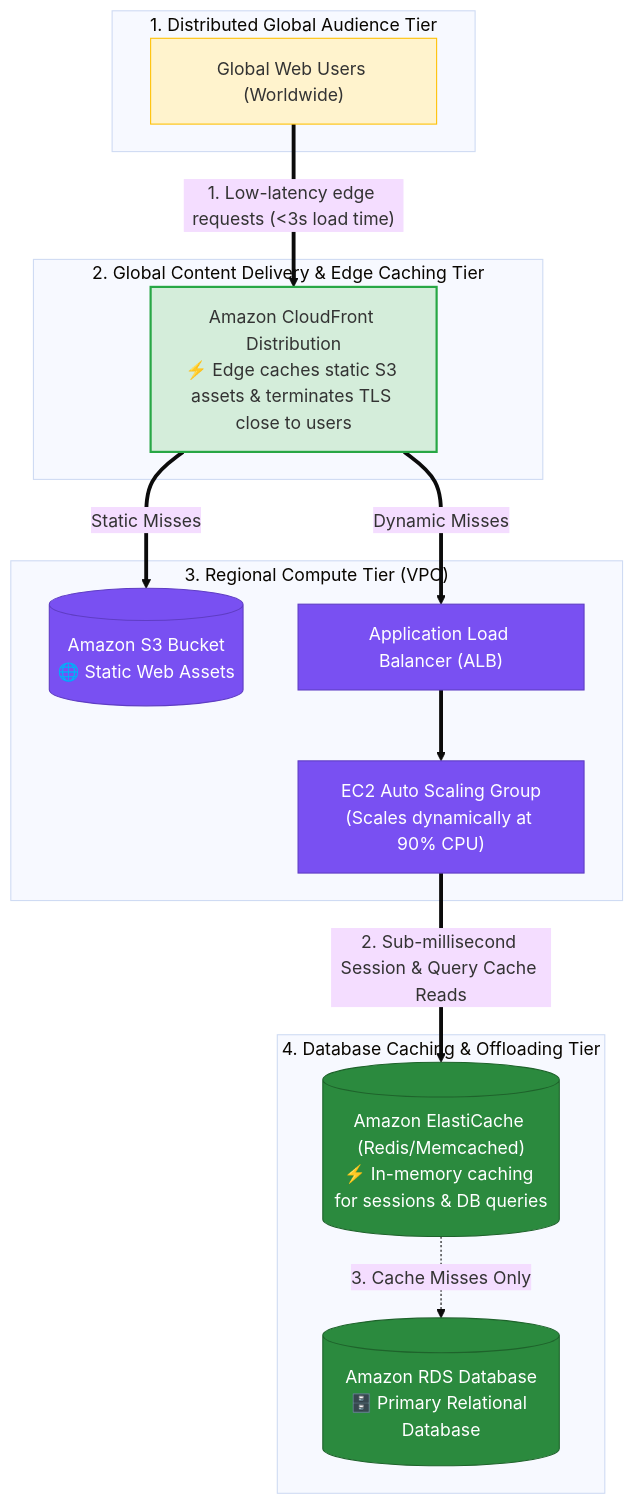
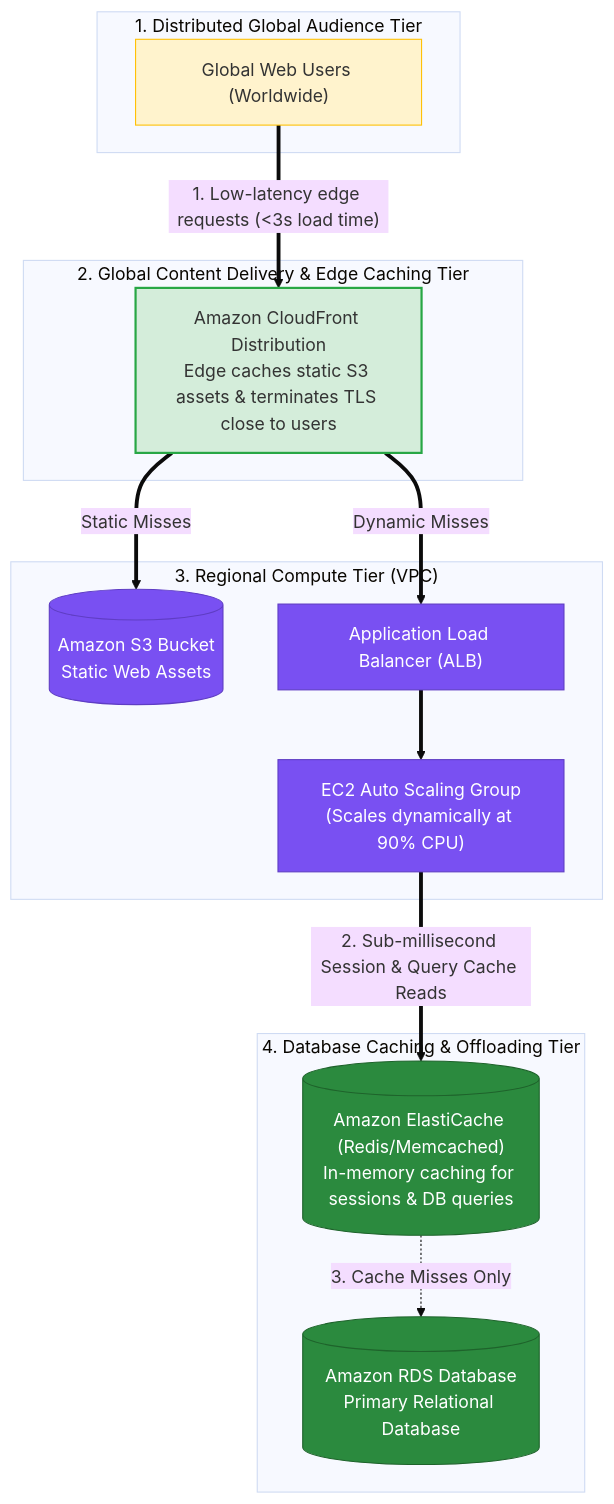
One commit to ReginRavi/AIP-C01 changed diagram 16 of 20 in Professional/3.3 Global service offerings (for example, AWS Global Accelerator, Amazon CloudFront, edge computing services).md. Above: the diagram before and after it, drawn with Mermaid (base theme). The commit also changed other lines of this file and 1 other file, not shown here.

Commit message:
Fix mermaid diagram syntax in Global service offerings and High-performing systems architectures notes

````diff
--- a/Professional/3.3 Global service offerings (for example, AWS Global Accelerator, Amazon CloudFront, edge computing services).md
+++ b/Professional/3.3 Global service offerings (for example, AWS Global Accelerator, Amazon CloudFront, edge computing services).md
@@ -850,39 +868,38 @@
 ```mermaid
 flowchart TD
     subgraph GlobalUsers ["1. Distributed Global Audience Tier"]
         Users["Global Web Users (Worldwide)"]
     end
 
     subgraph EdgeCDN ["2. Global Content Delivery & Edge Caching Tier"]
-        CloudFront["Amazon CloudFront Distribution<br/>⚡ Edge caches static S3 assets & terminates TLS close to users"]
-
-        Users ==>|"1. Low-latency edge requests (<3s load time)"| CloudFront
+        CloudFront["Amazon CloudFront Distribution<br/>Edge caches static S3 assets & terminates TLS close to users"]
     end
 
     subgraph AppCompute ["3. Regional Compute Tier (VPC)"]
-        S3Static[("Amazon S3 Bucket<br/>🌐 Static Web Assets")]
+        S3Static[("Amazon S3 Bucket<br/>Static Web Assets")]
         ALB["Application Load Balancer (ALB)"]
         ASG["EC2 Auto Scaling Group<br/>(Scales dynamically at 90% CPU)"]
-
-        CloudFront ==>|"Static Misses"| S3Static
-        CloudFront ==>|"Dynamic Misses"| ALB ==> ASG
     end
 
     subgraph DatabaseCaching ["4. Database Caching & Offloading Tier"]
-        ElastiCache[("Amazon ElastiCache (Redis/Memcached)<br/>⚡ In-memory caching for sessions & DB queries")]
-        RDS[("Amazon RDS Database<br/>🗄️ Primary Relational Database")]
+        ElastiCache[("Amazon ElastiCache (Redis/Memcached)<br/>In-memory caching for sessions & DB queries")]
+        RDS[("Amazon RDS Database<br/>Primary Relational Database")]
+    end
 
-        ASG ==>|"2. Sub-millisecond Session & Query Cache Reads"| ElastiCache
-        ElastiCache -.->|"3. Cache Misses Only"| RDS
-    end
+    Users ==>|"1. Low-latency edge requests (<3s load time)"| CloudFront
+    CloudFront ==>|"Static Misses"| S3Static
+    CloudFront ==>|"Dynamic Misses"| ALB
+    ALB ==> ASG
+    ASG ==>|"2. Sub-millisecond Session & Query Cache Reads"| ElastiCache
+    ElastiCache -.->|"3. Cache Misses Only"| RDS
 
     classDef global fill:#fff3cd,stroke:#ffc107,stroke-width:1px;
     classDef edge fill:#d4edda,stroke:#28a745,stroke-width:2px;
     classDef compute fill:#7950f2,stroke:#5f3dc4,color:#ffffff;
     classDef db fill:#2b8a3e,stroke:#1e632b,color:#ffffff;
 
     class Users global;
     class CloudFront edge;
     class S3Static,ALB,ASG compute;
     class ElastiCache,RDS db;
 ```
````
